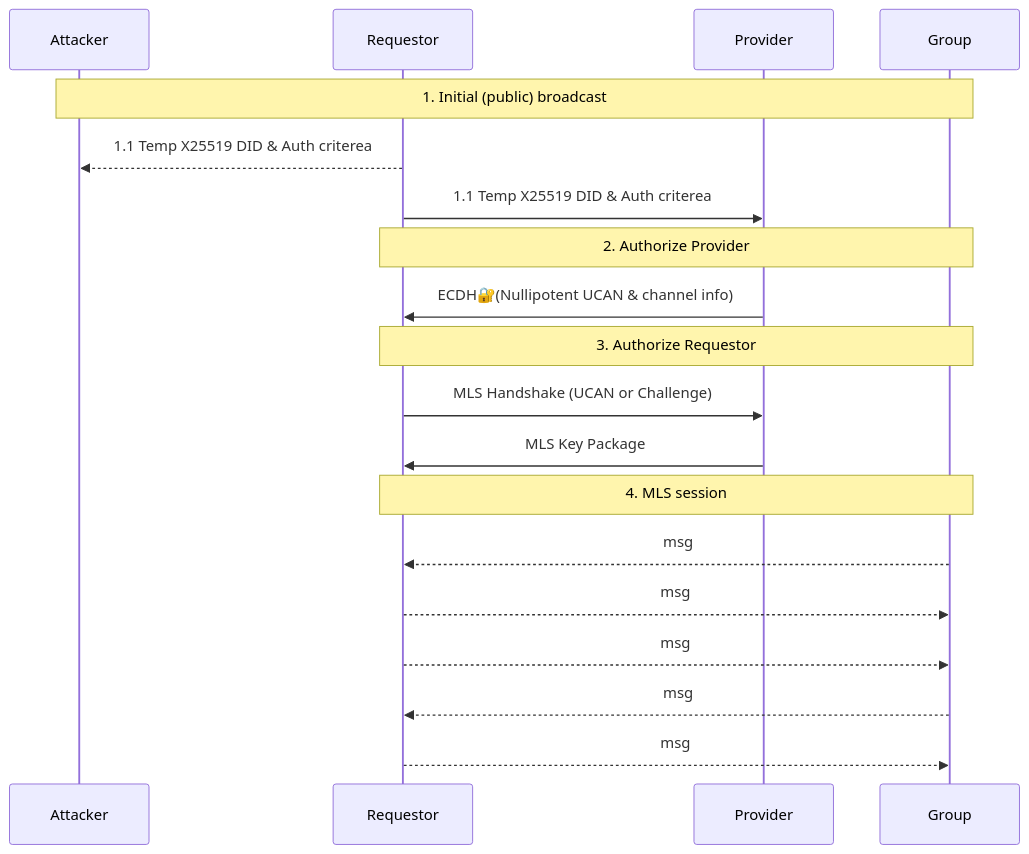
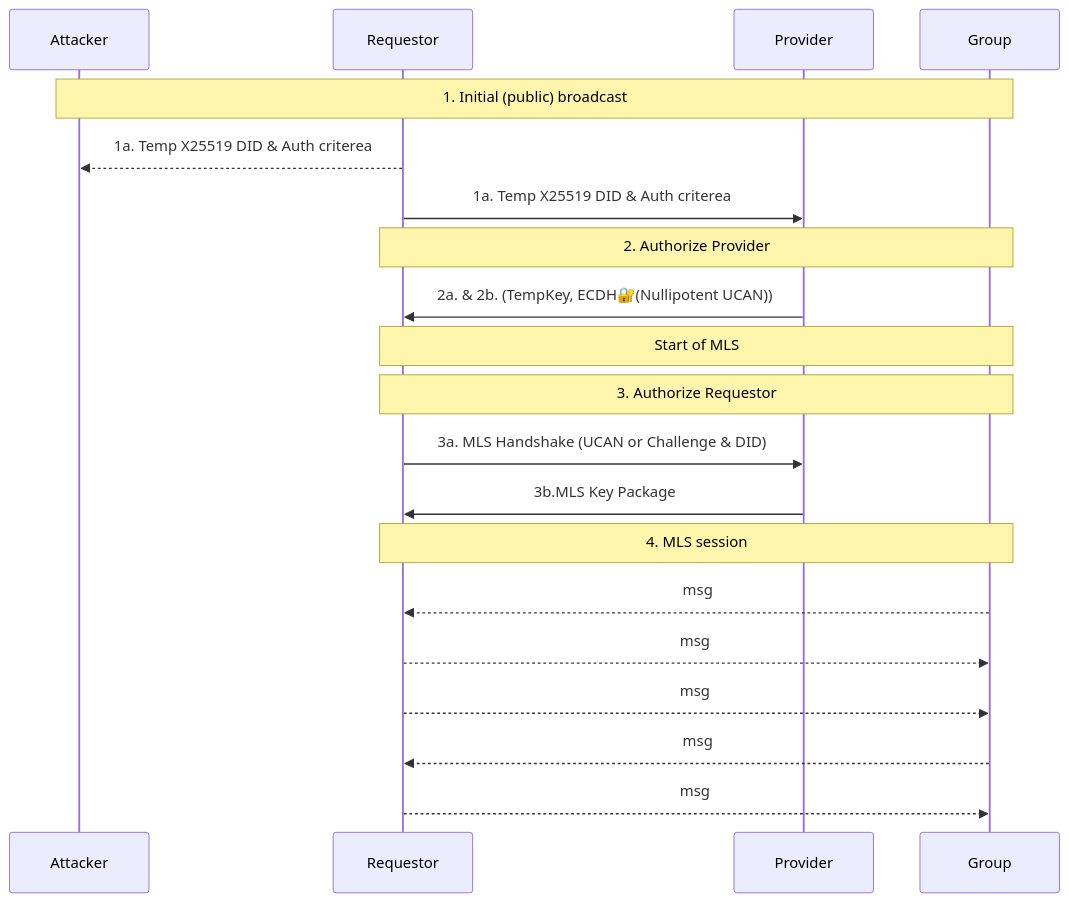
The second of 7 diagrams in README.md (ucan-wg/awake), drawn with Mermaid before and after one commit. The commit also changed other lines of this file, not shown here.

Commit message:
Align number with Diagram

````diff
--- a/README.md
+++ b/README.md
@@ -138,25 +138,26 @@
 ```mermaid
 sequenceDiagram
     participant Attacker
     participant Requestor
     participant Provider
     participant Group
 
     Note over Attacker, Group : 1. Initial (public) broadcast
-        Requestor -->> Attacker: 1.1 Temp X25519 DID & Auth criterea
-        Requestor ->> Provider: 1.1 Temp X25519 DID & Auth criterea
+        Requestor -->> Attacker: 1a. Temp X25519 DID & Auth criterea
+        Requestor ->> Provider: 1a. Temp X25519 DID & Auth criterea
 
     Note over Requestor, Group: 2. Authorize Provider
-        Provider ->> Requestor: ECDH🔐(Nullipotent UCAN & channel info)
+        Provider ->> Requestor: 2a. & 2b. (TempKey, ECDH🔐(Nullipotent UCAN))
 
+    Note over Requestor, Group: Start of MLS
     Note over Requestor, Group: 3. Authorize Requestor
-        Requestor ->> Provider: MLS Handshake (UCAN or Challenge)
-        Provider  ->> Requestor: MLS Key Package
+        Requestor ->> Provider: 3a. MLS Handshake (UCAN or Challenge & DID)
+        Provider  ->> Requestor: 3b.MLS Key Package
 
     Note over Requestor, Group: 4. MLS session
         Group -->> Requestor: msg
         Requestor -->> Group: msg
         Requestor -->> Group: msg
         Group -->> Requestor: msg
         Requestor -->> Group: msg
 ```
````
